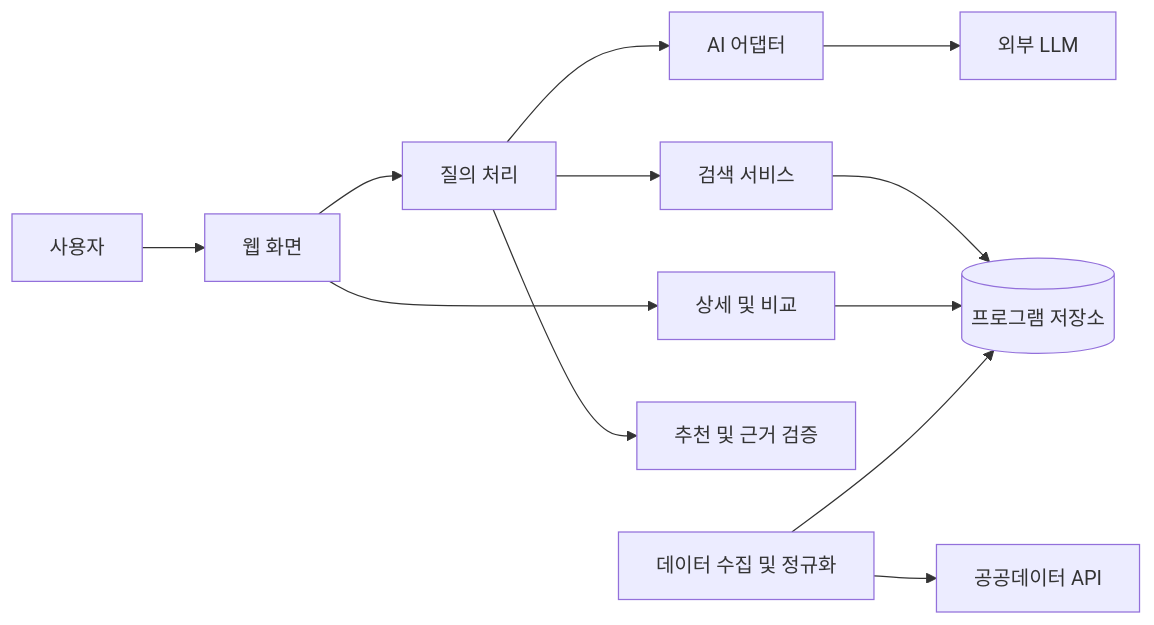
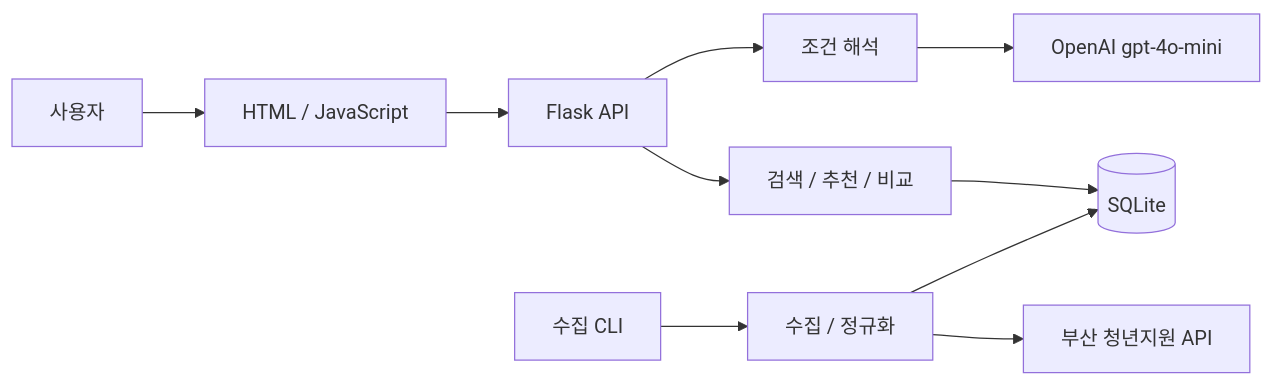
One commit to minsk02/busan-youth-guide changed the diagram in docs/architecture.md. Above: the diagram before and after it, drawn with Mermaid. The commit also changed other lines of this file and 33 other files, not shown here.

Commit message:
feat: 청년 프로그램 검색 추천 비교 서비스 구현

````diff
--- a/docs/architecture.md
+++ b/docs/architecture.md
@@ -15,14 +32,12 @@
 ```mermaid
 flowchart LR
-  User[사용자] --> UI[웹 화면]
-  UI --> Query[질의 처리]
-  UI --> Detail[상세 및 비교]
-  Query --> AI[AI 어댑터]
-  AI --> Model[외부 LLM]
-  Query --> Search[검색 서비스]
-  Search --> Store[(프로그램 저장소)]
-  Query --> Rank[추천 및 근거 검증]
-  Detail --> Store
-  Sync[데이터 수집 및 정규화] --> API[공공데이터 API]
-  Sync --> Store
+  User[사용자] --> UI[HTML / JavaScript]
+  UI --> Web[Flask API]
+  Web --> AI[조건 해석]
+  AI --> LLM[OpenAI gpt-4o-mini]
+  Web --> Service[검색 / 추천 / 비교]
+  Service --> DB[(SQLite)]
+  CLI[수집 CLI] --> Sync[수집 / 정규화]
+  Sync --> API[부산 청년지원 API]
+  Sync --> DB
 ```
````
